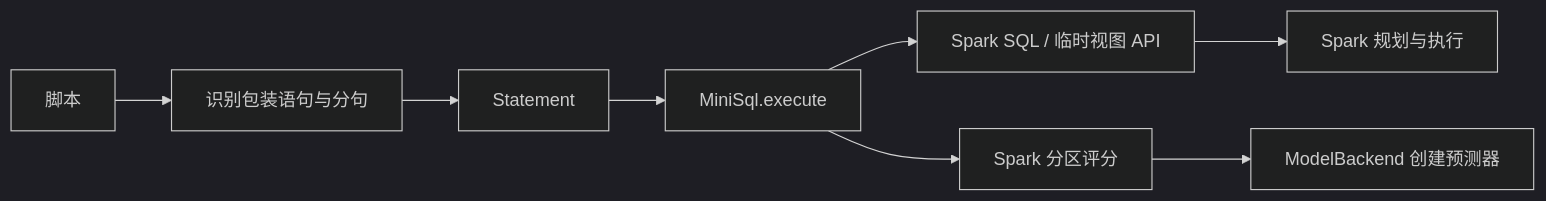
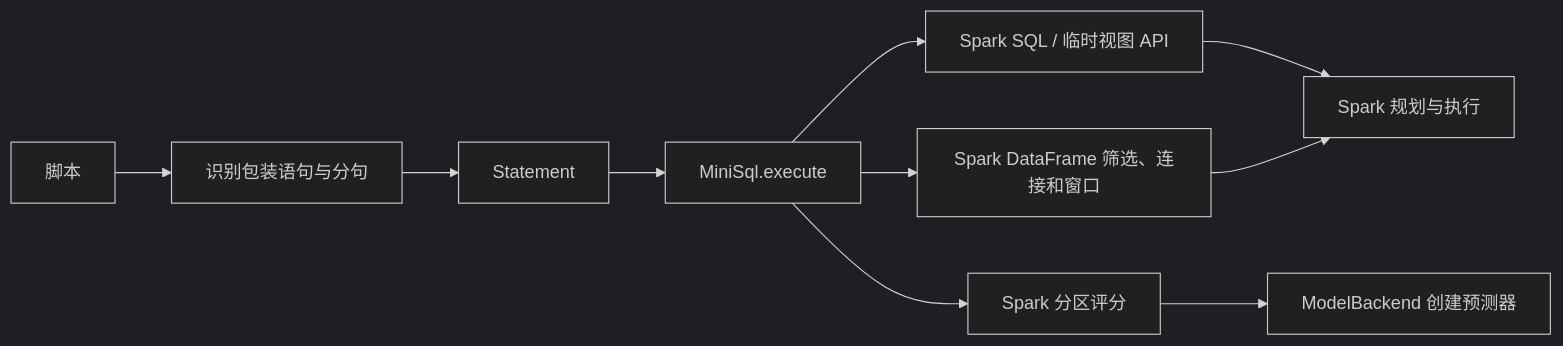
Before and after one commit to ciqle/spark-sql-mini: the diagram in README.md, drawn with Mermaid (dark theme). The commit also changed other lines of this file and 10 other files, not shown here.

````diff
--- a/README.md
+++ b/README.md
@@ -127,10 +153,12 @@
 ```mermaid
 flowchart LR
     A[脚本] --> B[识别包装语句与分句]
     B --> C[Statement]
     C --> D[MiniSql.execute]
     D --> E[Spark SQL / 临时视图 API]
     E --> F[Spark 规划与执行]
     D --> G[Spark 分区评分]
     G --> H[ModelBackend 创建预测器]
+    D --> I[Spark DataFrame 筛选、连接和窗口]
+    I --> F
 ```
````
